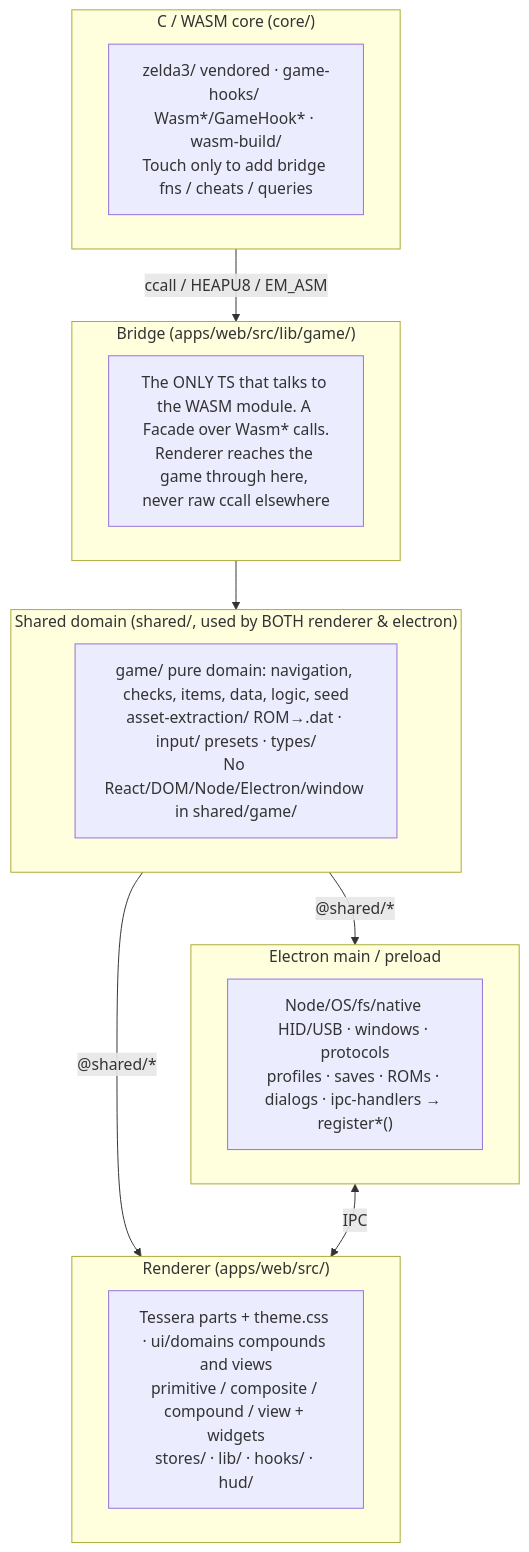
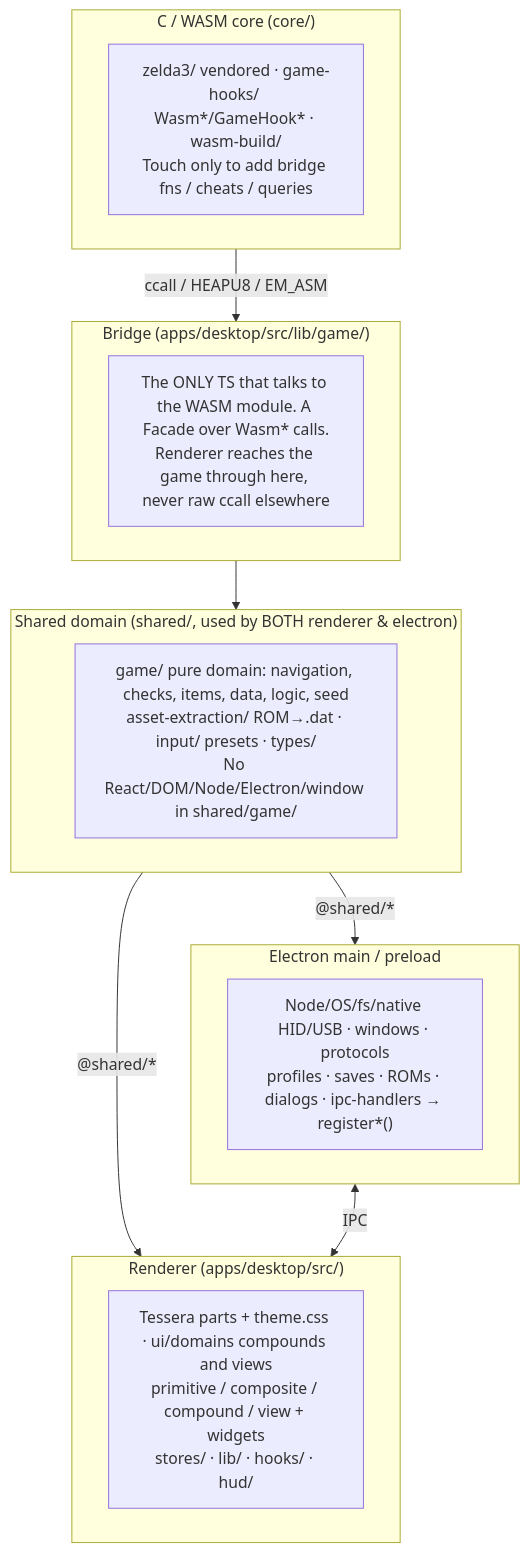
Before and after one commit to drizztdourden08/relic-of-the-past: the diagram in docs/architecture/overview.md, drawn with Mermaid. The commit also changed other lines of this file and 7260 other files, not shown here.

````diff
--- a/docs/architecture/overview.md
+++ b/docs/architecture/overview.md
@@ -14,23 +14,23 @@
 ```mermaid
 flowchart TD
     subgraph CORE["C / WASM core (core/)"]
         Z["zelda3/ vendored · game-hooks/ Wasm*/GameHook* · wasm-build/<br/>Touch only to add bridge fns / cheats / queries"]
     end
-    subgraph BRIDGE["Bridge (apps/web/src/lib/game/)"]
+    subgraph BRIDGE["Bridge (apps/desktop/src/lib/game/)"]
         B["The ONLY TS that talks to the WASM module. A Facade over Wasm* calls.<br/>Renderer reaches the game through here, never raw ccall elsewhere"]
     end
     subgraph SHARED["Shared domain (shared/, used by BOTH renderer & electron)"]
         S["game/ pure domain: navigation, checks, items, data, logic, seed<br/>asset-extraction/ ROM→.dat · input/ presets · types/<br/>No React/DOM/Node/Electron/window in shared/game/"]
     end
     subgraph EL["Electron main / preload"]
         E["Node/OS/fs/native HID/USB · windows · protocols<br/>profiles · saves · ROMs · dialogs · ipc-handlers → register*()"]
     end
-    subgraph REN["Renderer (apps/web/src/)"]
+    subgraph REN["Renderer (apps/desktop/src/)"]
         R["Tessera parts + theme.css · ui/domains compounds and views<br/>primitive / composite / compound / view + widgets<br/>stores/ · lib/ · hooks/ · hud/"]
     end
     CORE -->|"ccall / HEAPU8 / EM_ASM"| BRIDGE
     BRIDGE --> SHARED
     SHARED -->|"@shared/*"| EL
     SHARED -->|"@shared/*"| REN
     EL <-->|"IPC"| REN
 ```
````
